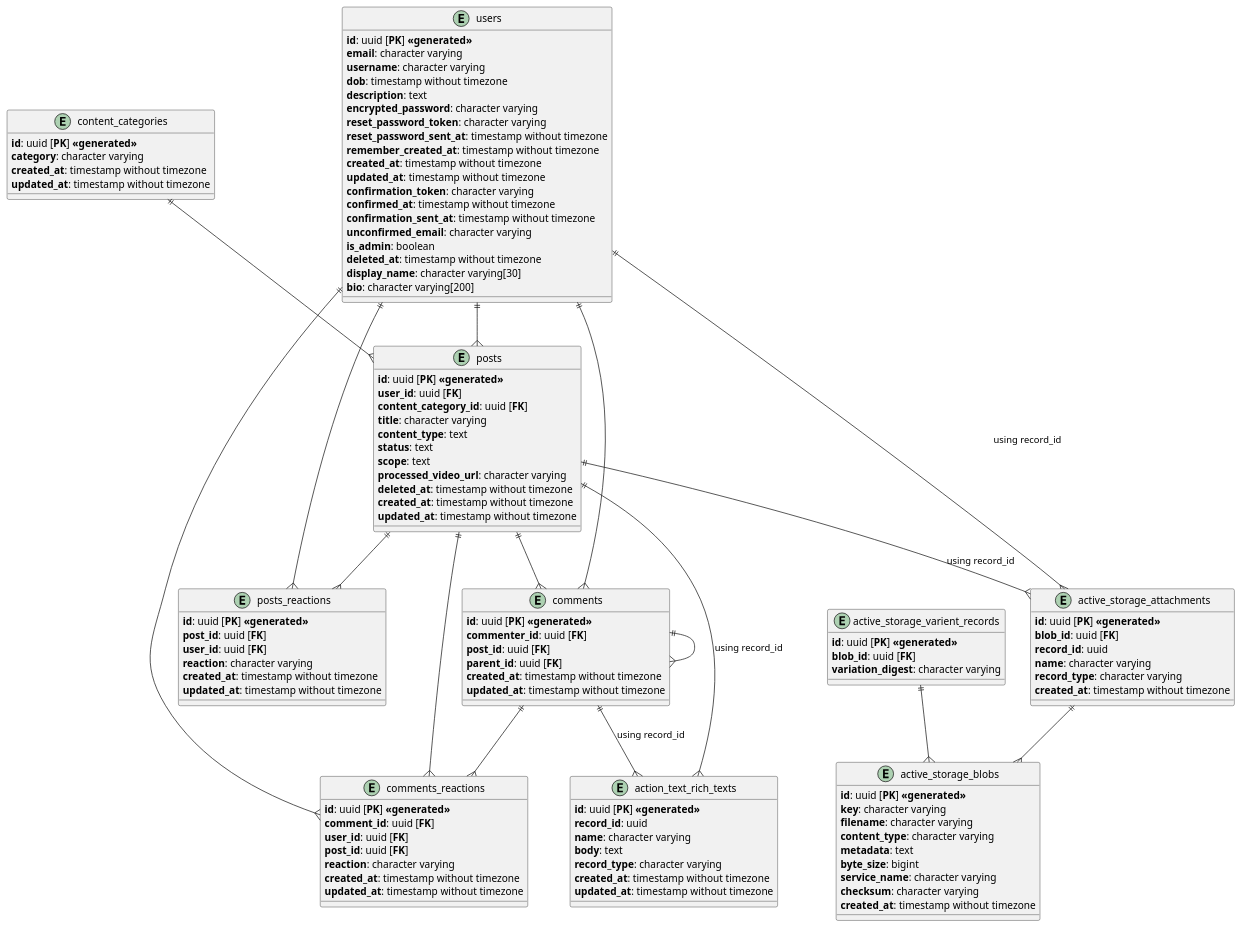
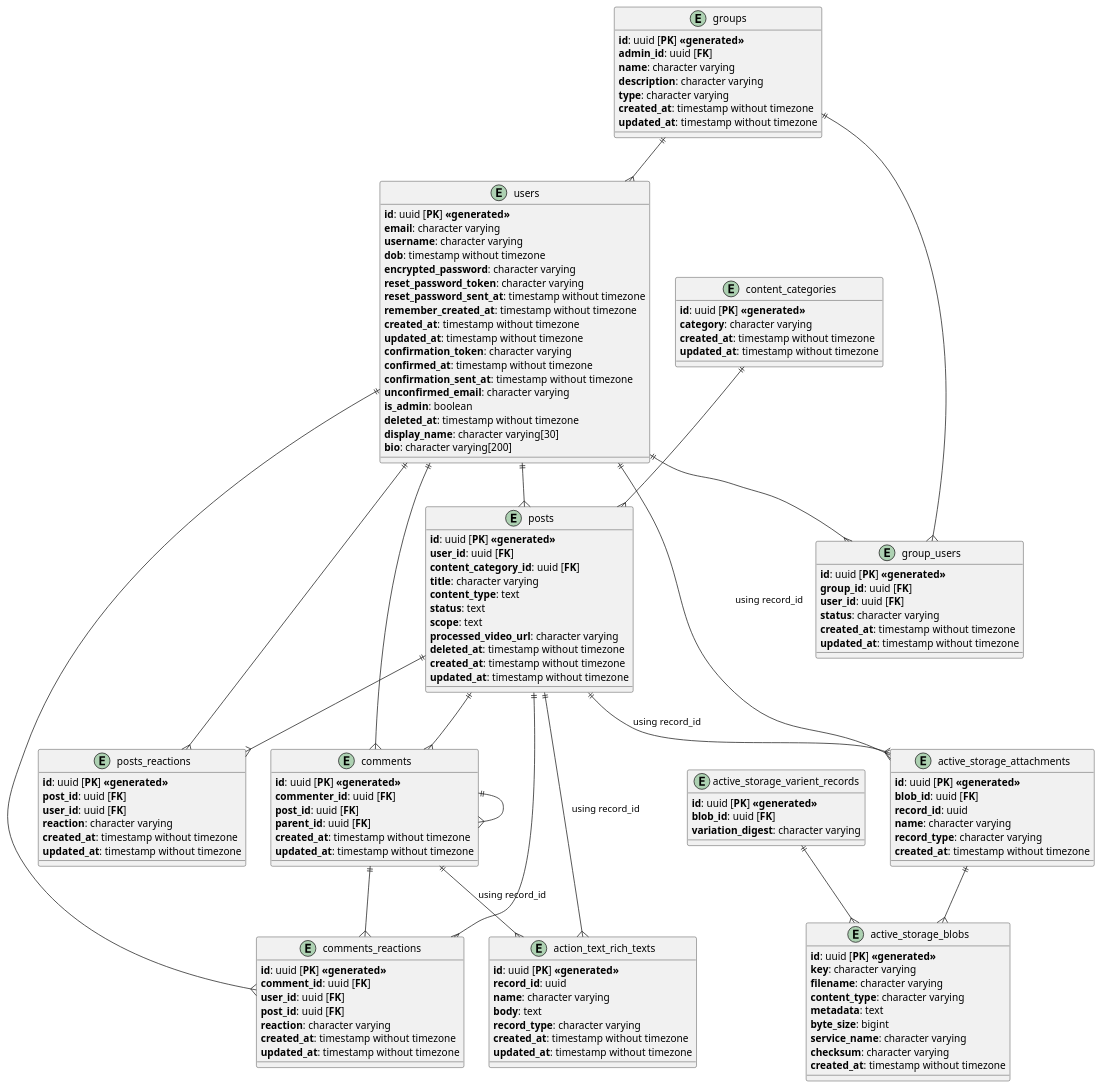
Before and after one commit to Chetan0211/karma_loop: the diagram in design/entity_diagram.puml, drawn with PlantUML. The commit also changed 22 other files, not shown here.

Commit message:
Add groups and group_users table and fix specs tests

```diff
--- a/design/entity_diagram.puml
+++ b/design/entity_diagram.puml
@@ -1,139 +1,167 @@
 @startuml entity
 
 entity users{
   **id**: uuid [**PK**] **<<generated>>**
   **email**: character varying
   **username**: character varying
   **dob**: timestamp without timezone
-  **description**: text
   **encrypted_password**: character varying
   **reset_password_token**: character varying
   **reset_password_sent_at**: timestamp without timezone
   **remember_created_at**: timestamp without timezone
   **created_at**: timestamp without timezone
   **updated_at**: timestamp without timezone
   **confirmation_token**: character varying
   **confirmed_at**: timestamp without timezone
   **confirmation_sent_at**: timestamp without timezone
   **unconfirmed_email**: character varying
   **is_admin**: boolean
   **deleted_at**: timestamp without timezone
   **display_name**: character varying[30]
   **bio**: character varying[200]
 }
 
 entity content_categories{
   **id**: uuid [**PK**] **<<generated>>**
   **category**: character varying
   **created_at**: timestamp without timezone
   **updated_at**: timestamp without timezone
 }
 
 entity posts{
   **id**: uuid [**PK**] **<<generated>>**
   **user_id**: uuid [**FK**]
   **content_category_id**: uuid [**FK**]
   **title**: character varying
   **content_type**: text
   **status**: text
   **scope**: text
   **processed_video_url**: character varying
   **deleted_at**: timestamp without timezone
   **created_at**: timestamp without timezone
   **updated_at**: timestamp without timezone
 }
 
 entity posts_reactions{
   **id**: uuid [**PK**] **<<generated>>**
   **post_id**: uuid [**FK**]
   **user_id**: uuid [**FK**]
   **reaction**: character varying
   **created_at**: timestamp without timezone
   **updated_at**: timestamp without timezone
 }
 
 entity comments{
   **id**: uuid [**PK**] **<<generated>>**
   **commenter_id**: uuid [**FK**]
   **post_id**: uuid [**FK**]
   **parent_id**: uuid [**FK**]
   **created_at**: timestamp without timezone
   **updated_at**: timestamp without timezone
 }
 
 entity comments_reactions{
   **id**: uuid [**PK**] **<<generated>>**
   **comment_id**: uuid [**FK**]
   **user_id**: uuid [**FK**]
   **post_id**: uuid [**FK**]
   **reaction**: character varying
   **created_at**: timestamp without timezone
   **updated_at**: timestamp without timezone
 }
 
+entity groups{
+  **id**: uuid [**PK**] **<<generated>>**
+  **admin_id**: uuid [**FK**]
+  **name**: character varying
+  **description**: character varying
+  **type**: character varying
+  **created_at**: timestamp without timezone
+  **updated_at**: timestamp without timezone
+}
+
+entity group_users{
+  **id**: uuid [**PK**] **<<generated>>**
+  **group_id**: uuid [**FK**]
+  **user_id**: uuid [**FK**]
+  **status**: character varying
+  **created_at**: timestamp without timezone
+  **updated_at**: timestamp without timezone
+}
+
+' Rich text generated table
 entity action_text_rich_texts{
   **id**: uuid [**PK**] **<<generated>>**
   **record_id**: uuid
   **name**: character varying
   **body**: text
   **record_type**: character varying
   **created_at**: timestamp without timezone
   **updated_at**: timestamp without timezone
 }
 
+' Active storage generated table
 entity active_storage_attachments{
   **id**: uuid [**PK**] **<<generated>>**
   **blob_id**: uuid [**FK**]
   **record_id**: uuid
   **name**: character varying
   **record_type**: character varying
   **created_at**: timestamp without timezone
 }
 
+' Active storage generated table
 entity active_storage_blobs{
   **id**: uuid [**PK**] **<<generated>>**
   **key**: character varying
   **filename**: character varying
   **content_type**: character varying
   **metadata**: text
   **byte_size**: bigint
   **service_name**: character varying
   **checksum**: character varying
   **created_at**: timestamp without timezone
 }
 
+' Active storage generated table
 entity active_storage_varient_records{
   **id**: uuid [**PK**] **<<generated>>**
   **blob_id**: uuid [**FK**]
   **variation_digest**: character varying
 }
 
 posts ||--{ action_text_rich_texts : "using record_id"
 comments ||--{ action_text_rich_texts : "using record_id"
 
 users ||--{ active_storage_attachments : "using record_id"
 posts ||--{ active_storage_attachments : "using record_id"
 
 
 active_storage_varient_records ||--{ active_storage_blobs
 active_storage_attachments ||--{ active_storage_blobs
 
 
 users ||--{ posts
 content_categories ||--{ posts
 
 posts ||--{ posts_reactions
 users ||--{ posts_reactions
 
 posts ||--{ comments
 comments ||--{ comments
 users ||--{ comments
 
 comments ||--{ comments_reactions
 users ||--{ comments_reactions
 posts ||--{ comments_reactions
+
+groups ||--{ group_users
+users ||--{ group_users
+
+groups ||--{ users
+
 }
 
 
 
 @enduml
```
